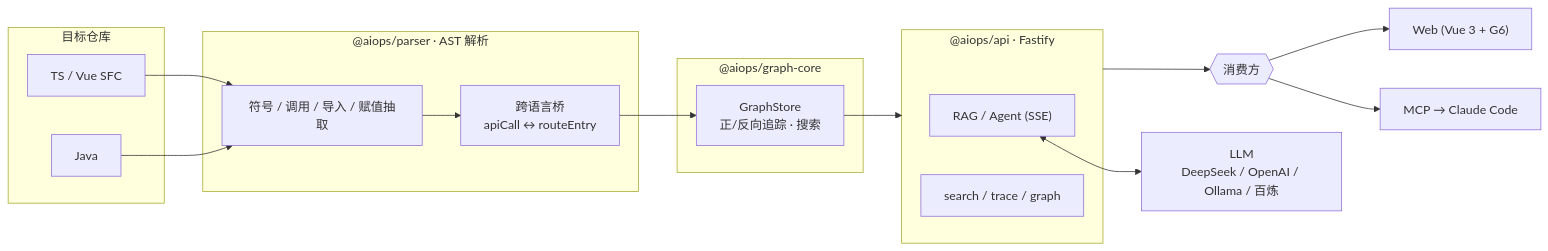
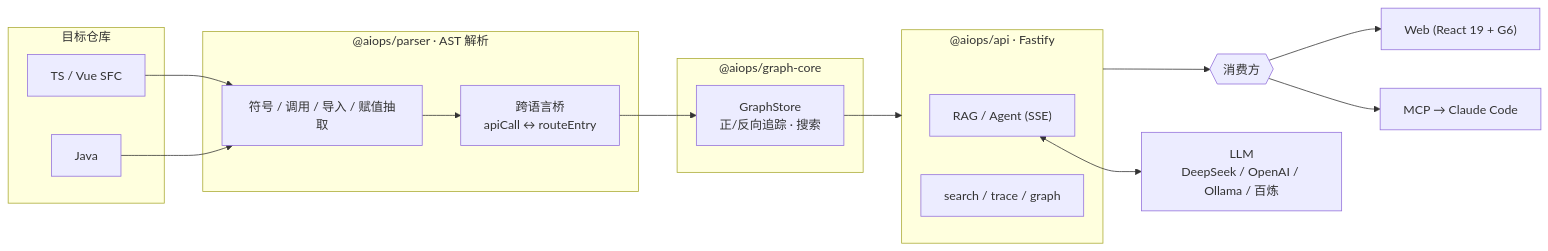
One commit to saligia28/aiops-code-tracer changed the diagram in README.md. Above: the diagram before and after it, drawn with Mermaid. The commit also changed other lines of this file and 91 other files, not shown here.

First line of the commit message:
refactor(web): 前端从 Vue 3 迁移到 React 19（视觉与交互逐像素对齐）

````diff
--- a/README.md
+++ b/README.md
@@ -80,32 +80,32 @@
 ```mermaid
 flowchart LR
     subgraph Sources["目标仓库"]
       TS["TS / Vue SFC"]
       JAVA["Java"]
     end
 
     subgraph Parse["@aiops/parser · AST 解析"]
       EXTRACT["符号 / 调用 / 导入 / 赋值抽取"]
       XLANG["跨语言桥<br/>apiCall ↔ routeEntry"]
     end
 
     subgraph Graph["@aiops/graph-core"]
       STORE["GraphStore<br/>正/反向追踪 · 搜索"]
     end
 
     subgraph API["@aiops/api · Fastify"]
       RAG["RAG / Agent (SSE)"]
       ROUTES["search / trace / graph"]
     end
 
     Consumers{{"消费方"}}
-    WEB["Web (Vue 3 + G6)"]
+    WEB["Web (React 19 + G6)"]
     MCP["MCP → Claude Code"]
     LLM["LLM<br/>DeepSeek / OpenAI / Ollama / 百炼"]
 
     TS & JAVA --> EXTRACT --> XLANG --> STORE
     STORE --> API
     API --> Consumers
     Consumers --> WEB & MCP
     RAG <--> LLM
 ```
````
